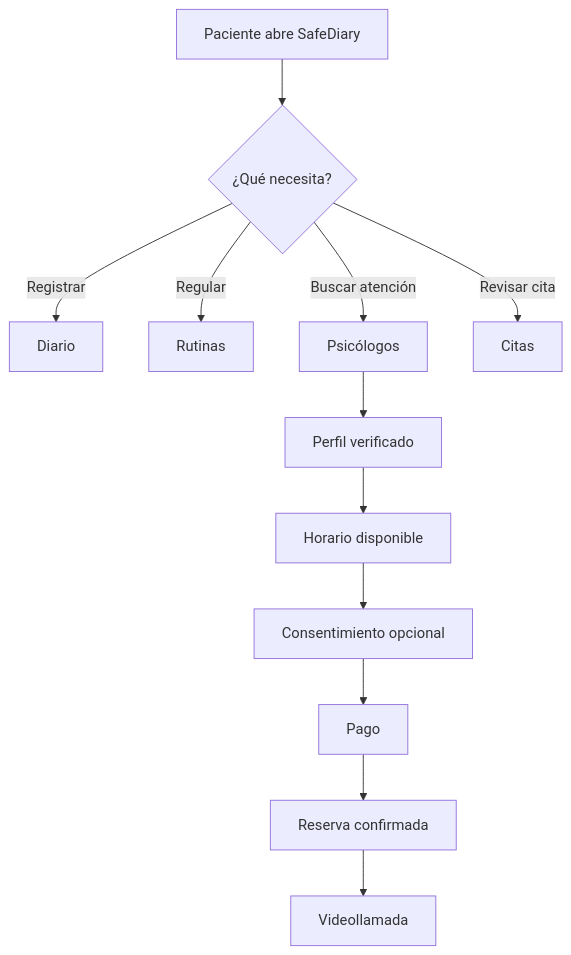
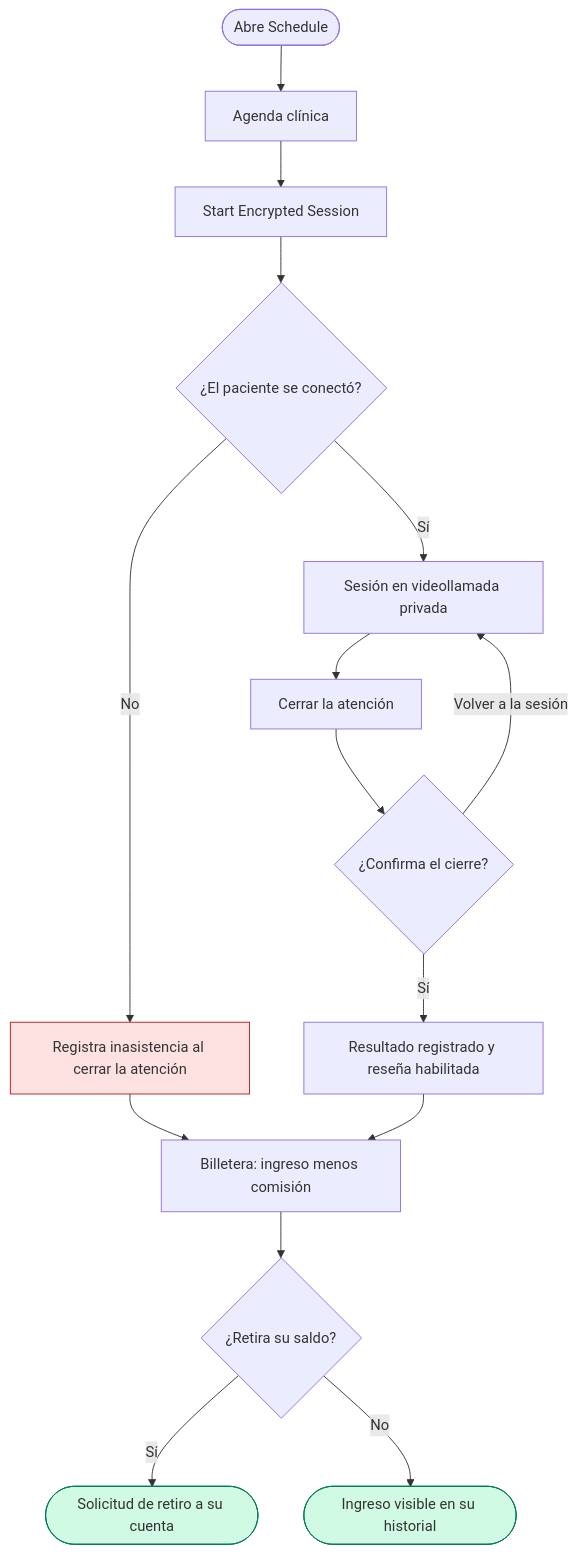
The fifth of 6 diagrams in docs/30-chap-3.md (MindClusterUPC/SafeDiary_Doc), drawn with Mermaid before and after one commit. The commit also changed other lines of this file and 2 other files, not shown here.

Commit message:
docs(ch3): add user flow diagrams and prototyping section

````diff
--- a/docs/30-chap-3.md
+++ b/docs/30-chap-3.md
@@ -636,14 +734,19 @@
 ```mermaid
 flowchart TD
-    A[Paciente abre SafeDiary] --> B{¿Qué necesita?}
-    B -->|Registrar| C[Diario]
-    B -->|Regular| D[Rutinas]
-    B -->|Buscar atención| E[Psicólogos]
-    B -->|Revisar cita| F[Citas]
-    E --> G[Perfil verificado]
-    G --> H[Horario disponible]
-    H --> I[Consentimiento opcional]
-    I --> J[Pago]
-    J --> K[Reserva confirmada]
-    K --> L[Videollamada]
+    A([Abre Schedule]) --> B[Agenda clínica]
+    B --> C[Start Encrypted Session]
+    C --> D{¿El paciente se conectó?}
+    D -->|No| E[Registra inasistencia al cerrar la atención]:::bad
+    D -->|Sí| F[Sesión en videollamada privada]
+    F --> G[Cerrar la atención]
+    G --> H{¿Confirma el cierre?}
+    H -->|Volver a la sesión| F
+    H -->|Sí| I[Resultado registrado y reseña habilitada]
+    E --> J
+    I --> J[Billetera: ingreso menos comisión]
+    J --> K{¿Retira su saldo?}
+    K -->|Sí| L([Solicitud de retiro a su cuenta]):::ok
+    K -->|No| M([Ingreso visible en su historial]):::ok
+    classDef ok fill:#d1fae5,stroke:#047857;
+    classDef bad fill:#fee2e2,stroke:#b91c1c;
 ```
````
